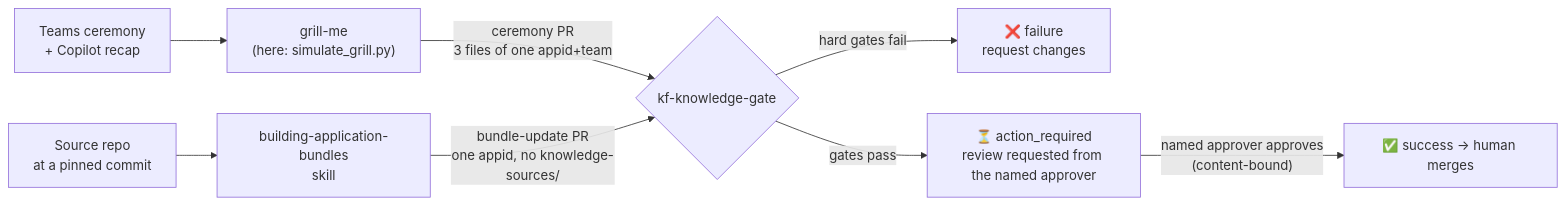
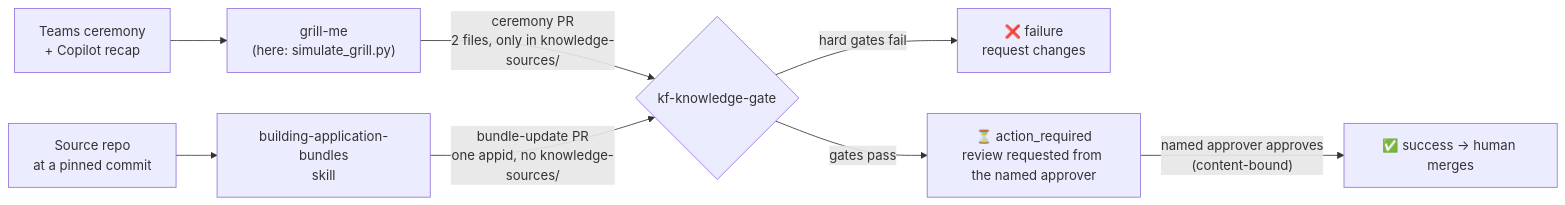
Before and after one commit to muthub-ai/kbundles: the diagram in README.md, drawn with Mermaid. The commit also changed other lines of this file and 26 other files, not shown here.

````diff
--- a/README.md
+++ b/README.md
@@ -60,10 +61,10 @@
 ```mermaid
 flowchart LR
   M["Teams ceremony<br/>+ Copilot recap"] --> S["grill-me<br/>(here: simulate_grill.py)"]
   R["Source repo<br/>at a pinned commit"] --> B["building-application-bundles<br/>skill"]
-  S -- "ceremony PR<br/>3 files of one appid+team" --> G{"kf-knowledge-gate"}
+  S -- "ceremony PR<br/>2 files, only in knowledge-sources/" --> G{"kf-knowledge-gate"}
   B -- "bundle-update PR<br/>one appid, no knowledge-sources/" --> G
   G -- "hard gates fail" --> X["❌ failure<br/>request changes"]
   G -- "gates pass" --> W["⏳ action_required<br/>review requested from the named approver"]
   W -- "named approver approves<br/>(content-bound)" --> OK["✅ success → human merges"]
 ```
````
